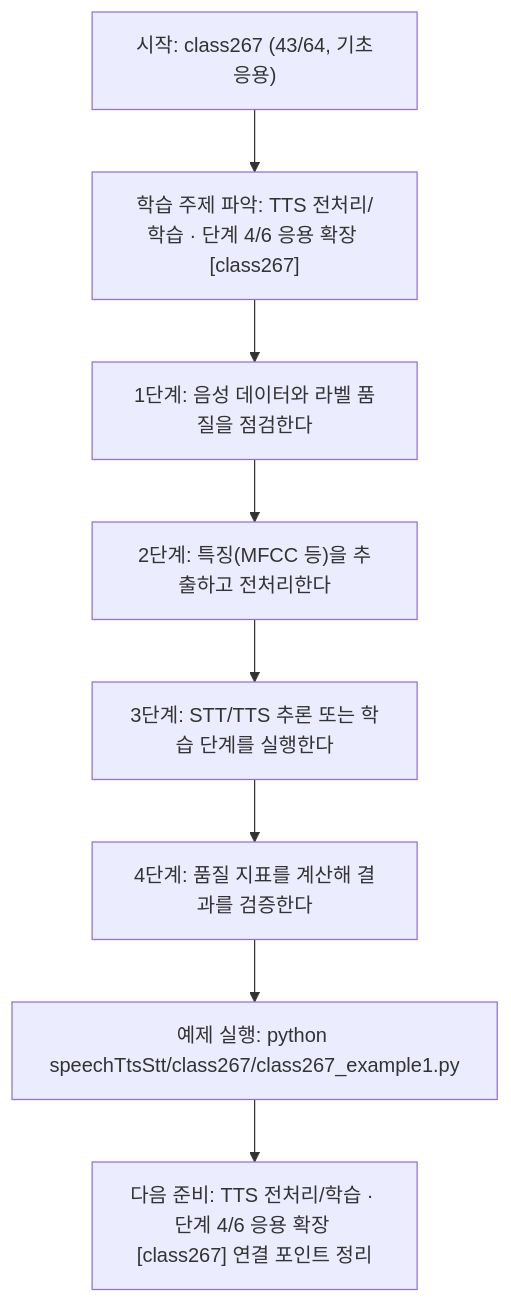
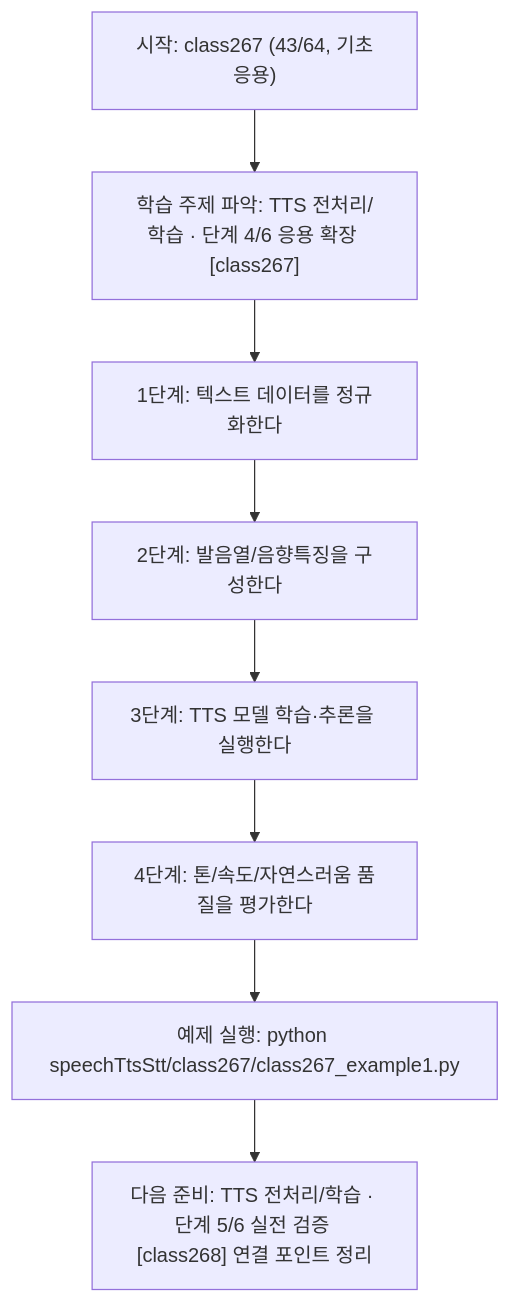
Before and after one commit to edumgt/Python-AI_Agent-Class: the diagram in speechTtsStt/class267/class267.md, drawn with Mermaid. The commit also changed other lines of this file and 1122 other files, not shown here.

````diff
--- a/speechTtsStt/class267/class267.md
+++ b/speechTtsStt/class267/class267.md
@@ -114,18 +95,18 @@
 ```mermaid
 flowchart TD
 N1["시작: class267 (43/64, 기초응용)"]
 N2["학습 주제 파악: TTS 전처리/학습 · 단계 4/6 응용 확장 [class267]"]
-N3["1단계: 음성 데이터와 라벨 품질을 점검한다"]
-N4["2단계: 특징(MFCC 등)을 추출하고 전처리한다"]
-N5["3단계: STT/TTS 추론 또는 학습 단계를 실행한다"]
-N6["4단계: 품질 지표를 계산해 결과를 검증한다"]
+N3["1단계: 텍스트 데이터를 정규화한다"]
+N4["2단계: 발음열/음향특징을 구성한다"]
+N5["3단계: TTS 모델 학습·추론을 실행한다"]
+N6["4단계: 톤/속도/자연스러움 품질을 평가한다"]
 N7["예제 실행: python speechTtsStt/class267/class267_example1.py"]
-N8["다음 준비: TTS 전처리/학습 · 단계 4/6 응용 확장 [class267] 연결 포인트 정리"]
+N8["다음 준비: TTS 전처리/학습 · 단계 5/6 실전 검증 [class268] 연결 포인트 정리"]
 N1 --> N2
 N2 --> N3
 N3 --> N4
 N4 --> N5
 N5 --> N6
 N6 --> N7
 N7 --> N8
 ```
````
